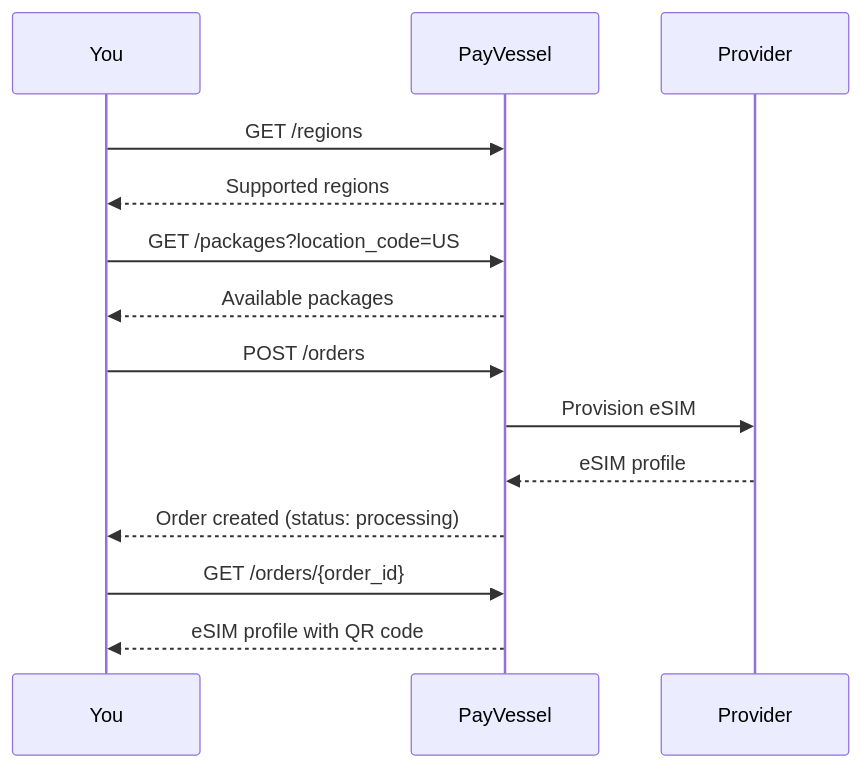
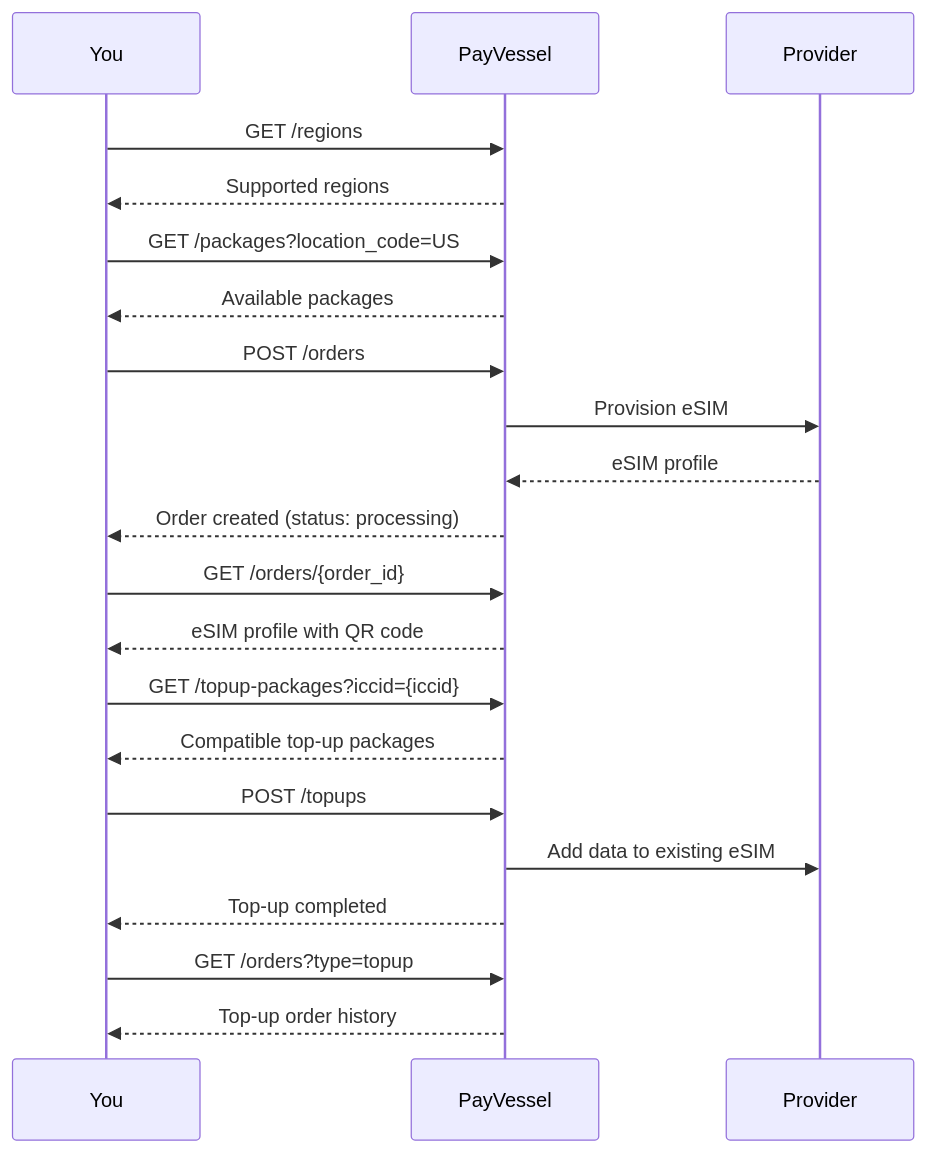
One commit to Nex-Panther-Technologies-Ltd/payvessel-docs changed the diagram in esim/overview.mdx. Above: the diagram before and after it, drawn with Mermaid. The commit also changed other lines of this file and 13 other files, not shown here.

````diff
--- a/esim/overview.mdx
+++ b/esim/overview.mdx
@@ -24,17 +26,24 @@
 ```mermaid
 sequenceDiagram
     participant You
     participant PayVessel
     participant Provider
 
     You->>PayVessel: GET /regions
     PayVessel-->>You: Supported regions
     You->>PayVessel: GET /packages?location_code=US
     PayVessel-->>You: Available packages
     You->>PayVessel: POST /orders
     PayVessel->>Provider: Provision eSIM
     Provider-->>PayVessel: eSIM profile
     PayVessel-->>You: Order created (status: processing)
     You->>PayVessel: GET /orders/{order_id}
     PayVessel-->>You: eSIM profile with QR code
+    You->>PayVessel: GET /topup-packages?iccid={iccid}
+    PayVessel-->>You: Compatible top-up packages
+    You->>PayVessel: POST /topups
+    PayVessel->>Provider: Add data to existing eSIM
+    PayVessel-->>You: Top-up completed
+    You->>PayVessel: GET /orders?type=topup
+    PayVessel-->>You: Top-up order history
 ```
````
